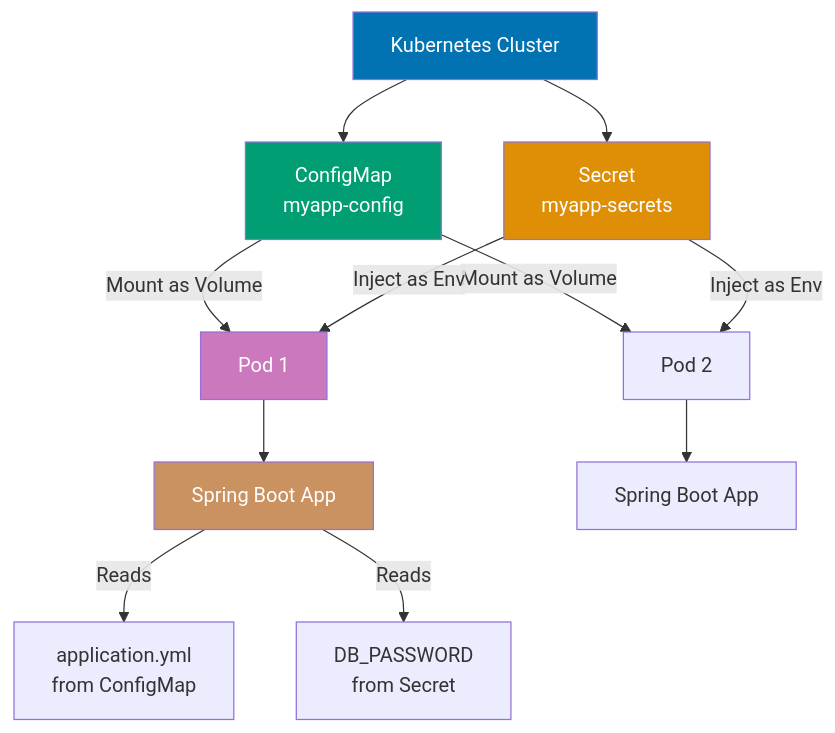
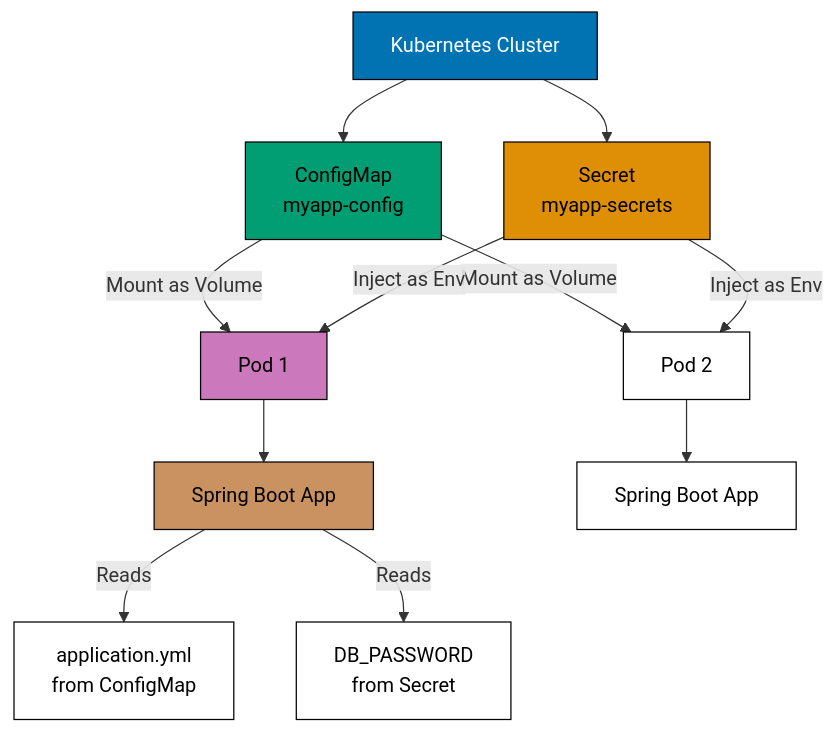
Before and after one commit to wahidyankf/ose-public: the ninth of 13 diagrams in apps/ayokoding-www/content/en/learn/legacy/software-engineering/platforms/web/tools/jvm-spring-boot/by-example/advanced.md, drawn with Mermaid. The commit also changed other lines of this file and 130 other files, not shown here.

First line of the commit message:
fix(mermaid): bring the legacy platforms diagrams onto the accessible palette

````diff
--- a/apps/ayokoding-www/content/en/learn/legacy/software-engineering/platforms/web/tools/jvm-spring-boot/by-example/advanced.md
+++ b/apps/ayokoding-www/content/en/learn/legacy/software-engineering/platforms/web/tools/jvm-spring-boot/by-example/advanced.md
@@ -3324,23 +3370,31 @@
 ```mermaid
 %% Color Palette: Blue #0173B2, Orange #DE8F05, Teal #029E73, Purple #CC78BC, Brown #CA9161
 graph TD
+    accTitle: application-kubernetes.yml
+    accDescr: Graph with 9 nodes and 10 connections. Nodes: Kubernetes Cluster, ConfigMap myapp-config, Secret myapp-secrets, Pod 1, Pod 2, Spring Boot App, Spring Boot App, application.yml from ConfigMap, DB_PASSWORD from Secret. Connections: Kubernetes Cluster to ConfigMap myapp-config, Kubernetes Cluster to Secret myapp-secrets, ConfigMap myapp-config to Pod 1 (Mount as Volume), ConfigMap myapp-config to Pod 2 (Mount as Volume), Secret myapp-secrets to Pod 1 (Inject as Env), Secret myapp-secrets to Pod 2 (Inject as Env), Pod 1 to Spring Boot App, Pod 2 to Spring Boot App, Spring Boot App to application.yml from ConfigMap (Reads), Spring Boot App to DB_PASSWORD from Secret (Reads).
     K8s[Kubernetes Cluster] --> CM[ConfigMap<br/>myapp-config]
     K8s --> Secret[Secret<br/>myapp-secrets]
 
     CM -->|Mount as Volume| Pod1[Pod 1]
     CM -->|Mount as Volume| Pod2[Pod 2]
     Secret -->|Inject as Env| Pod1
     Secret -->|Inject as Env| Pod2
 
     Pod1 --> App1[Spring Boot App]
     Pod2 --> App2[Spring Boot App]
 
     App1 -->|Reads| Config[application.yml<br/>from ConfigMap]
     App1 -->|Reads| Env[DB_PASSWORD<br/>from Secret]
 
-    style K8s fill:#0173B2,color:#fff
-    style CM fill:#029E73,color:#fff
-    style Secret fill:#DE8F05,color:#fff
-    style Pod1 fill:#CC78BC,color:#fff
-    style App1 fill:#CA9161,color:#fff
+    classDef pal-0173B2 fill:#0173B2,stroke:#000000,color:#FFFFFF
+    class K8s pal-0173B2
+    classDef pal-029E73 fill:#029E73,stroke:#000000,color:#000000
+    class CM pal-029E73
+    classDef pal-DE8F05 fill:#DE8F05,stroke:#000000,color:#000000
+    class Secret pal-DE8F05
+    classDef pal-CC78BC fill:#CC78BC,stroke:#000000,color:#000000
+    class Pod1 pal-CC78BC
+    classDef pal-CA9161 fill:#CA9161,stroke:#000000,color:#000000
+    class App1 pal-CA9161
+    classDef default fill:#FFFFFF,stroke:#000000,color:#000000
 ```
````
